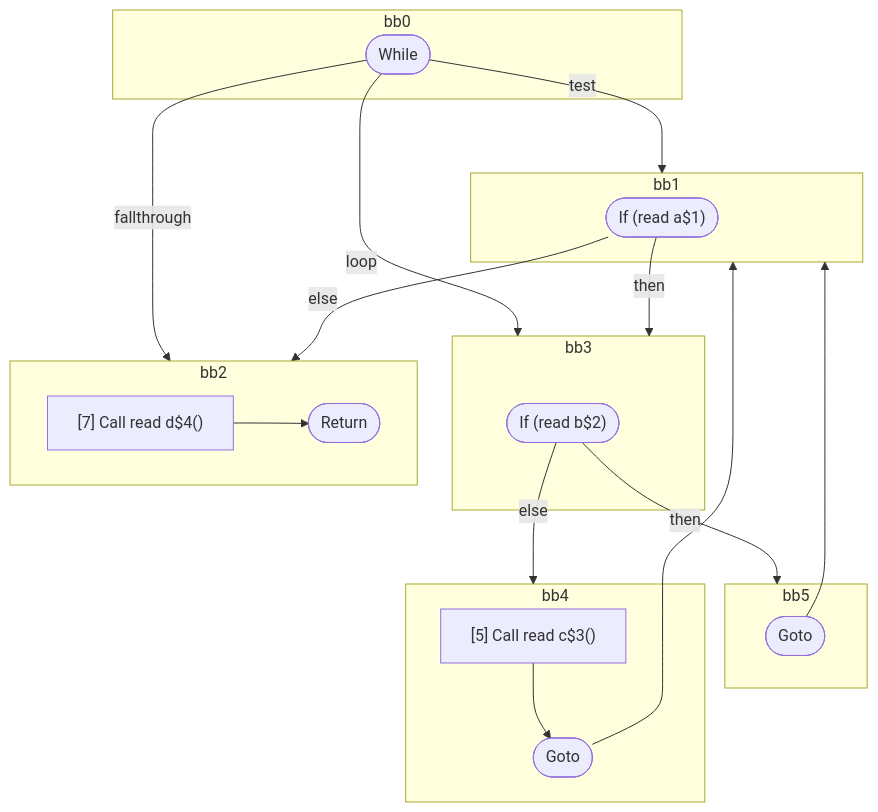
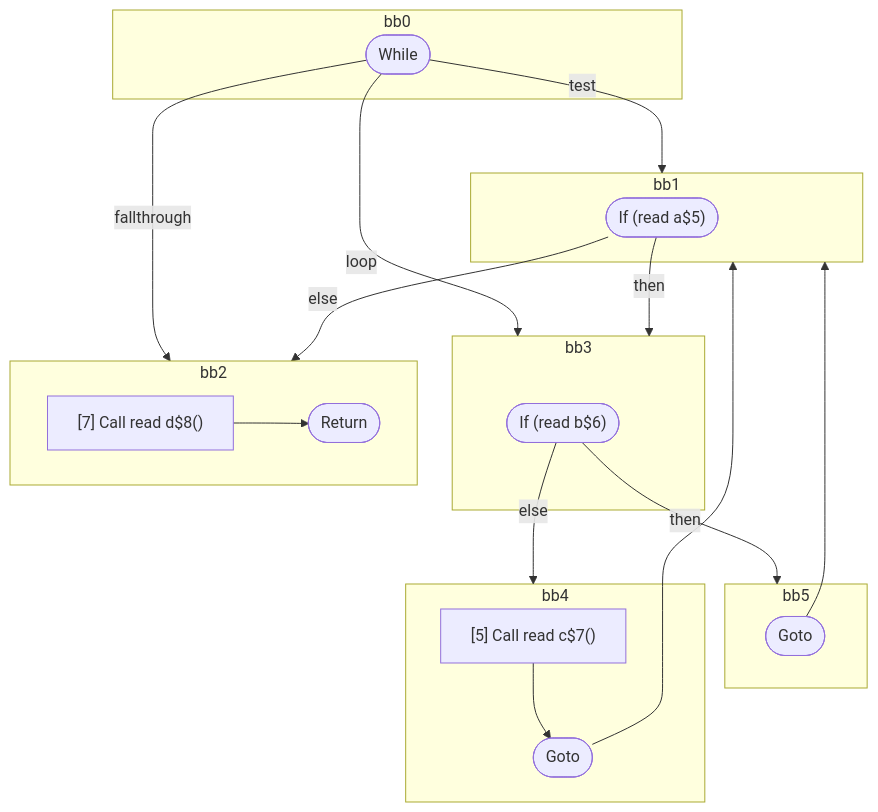
One commit to wutsmog/private changed the diagram in compiler/forget/src/__tests__/fixtures/hir/while-conditional-continue.expect.md. Above: the diagram before and after it, drawn with Mermaid. The commit also changed other lines of this file and 59 other files, not shown here.

````diff
--- a/compiler/forget/src/__tests__/fixtures/hir/while-conditional-continue.expect.md
+++ b/compiler/forget/src/__tests__/fixtures/hir/while-conditional-continue.expect.md
@@ -44,40 +44,40 @@
 ```mermaid
 flowchart TB
   %% Basic Blocks
   subgraph bb0
     bb0_terminal(["While"])
   end
   subgraph bb1
-    bb1_terminal(["If (read a$1)"])
+    bb1_terminal(["If (read a$5)"])
   end
   subgraph bb3
-    bb3_terminal(["If (read b$2)"])
+    bb3_terminal(["If (read b$6)"])
   end
   subgraph bb5
     bb5_terminal(["Goto"])
   end
   subgraph bb4
     bb4_instrs["
-      [5] Call read c$3()
+      [5] Call read c$7()
     "]
     bb4_instrs --> bb4_terminal(["Goto"])
   end
   subgraph bb2
     bb2_instrs["
-      [7] Call read d$4()
+      [7] Call read d$8()
     "]
     bb2_instrs --> bb2_terminal(["Return"])
   end
 
   %% Jumps
   bb0_terminal -- "test" --> bb1
   bb0_terminal -- "loop" --> bb3
   bb0_terminal -- "fallthrough" --> bb2
   bb1_terminal -- "then" --> bb3
   bb1_terminal -- "else" --> bb2
   bb3_terminal -- "then" --> bb5
   bb3_terminal -- "else" --> bb4
   bb5_terminal --> bb1
   bb4_terminal --> bb1
 
 ```
````
